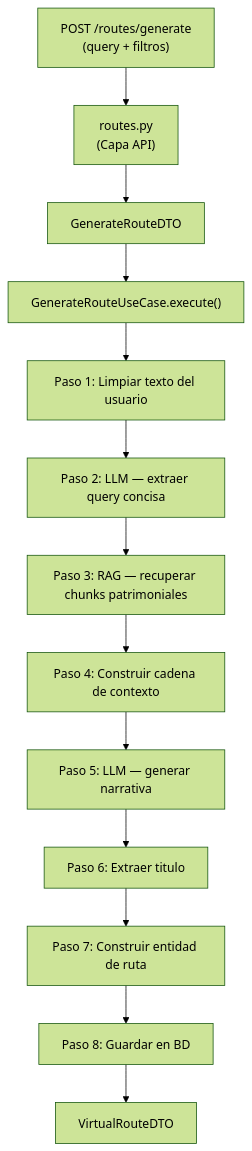
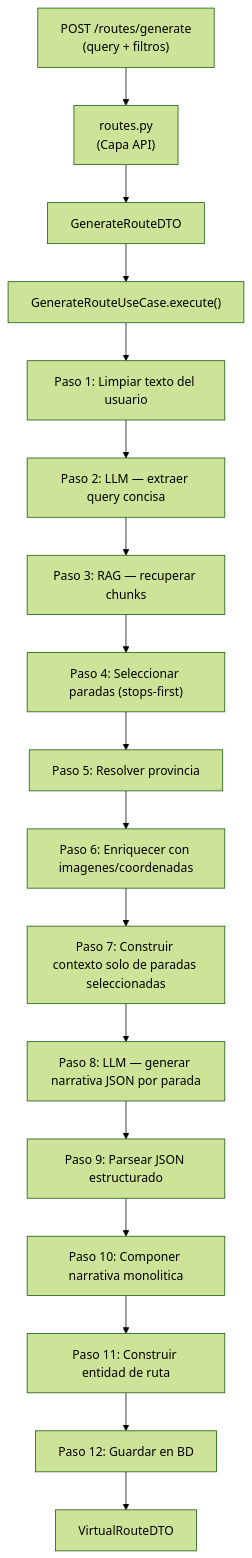
Before and after one commit to sinai-uja/ALIA-demo-patrimonio: the diagram in backend/docs/ROUTE_PIPELINE.md, drawn with Mermaid (forest theme). The commit also changed other lines of this file and 5 other files, not shown here.

````diff
--- a/backend/docs/ROUTE_PIPELINE.md
+++ b/backend/docs/ROUTE_PIPELINE.md
@@ -19,15 +19,19 @@
 ```mermaid
 flowchart TD
     A["POST /routes/generate\n(query + filtros)"] --> B["routes.py\n(Capa API)"]
     B --> C["GenerateRouteDTO"]
     C --> D["GenerateRouteUseCase.execute()"]
     D --> S1["Paso 1: Limpiar texto del usuario"]
     S1 --> S2["Paso 2: LLM — extraer query concisa"]
-    S2 --> S3["Paso 3: RAG — recuperar chunks patrimoniales"]
-    S3 --> S4["Paso 4: Construir cadena de contexto"]
-    S4 --> S5["Paso 5: LLM — generar narrativa"]
-    S5 --> S6["Paso 6: Extraer titulo"]
-    S6 --> S7["Paso 7: Construir entidad de ruta"]
-    S7 --> S8["Paso 8: Guardar en BD"]
-    S8 --> R["VirtualRouteDTO"]
+    S2 --> S3["Paso 3: RAG — recuperar chunks"]
+    S3 --> S4["Paso 4: Seleccionar paradas (stops-first)"]
+    S4 --> S5["Paso 5: Resolver provincia"]
+    S5 --> S6["Paso 6: Enriquecer con imagenes/coordenadas"]
+    S6 --> S7["Paso 7: Construir contexto solo de paradas seleccionadas"]
+    S7 --> S8["Paso 8: LLM — generar narrativa JSON por parada"]
+    S8 --> S9["Paso 9: Parsear JSON estructurado"]
+    S9 --> S10["Paso 10: Componer narrativa monolitica"]
+    S10 --> S11["Paso 11: Construir entidad de ruta"]
+    S11 --> S12["Paso 12: Guardar en BD"]
+    S12 --> R["VirtualRouteDTO"]
 ```
````
